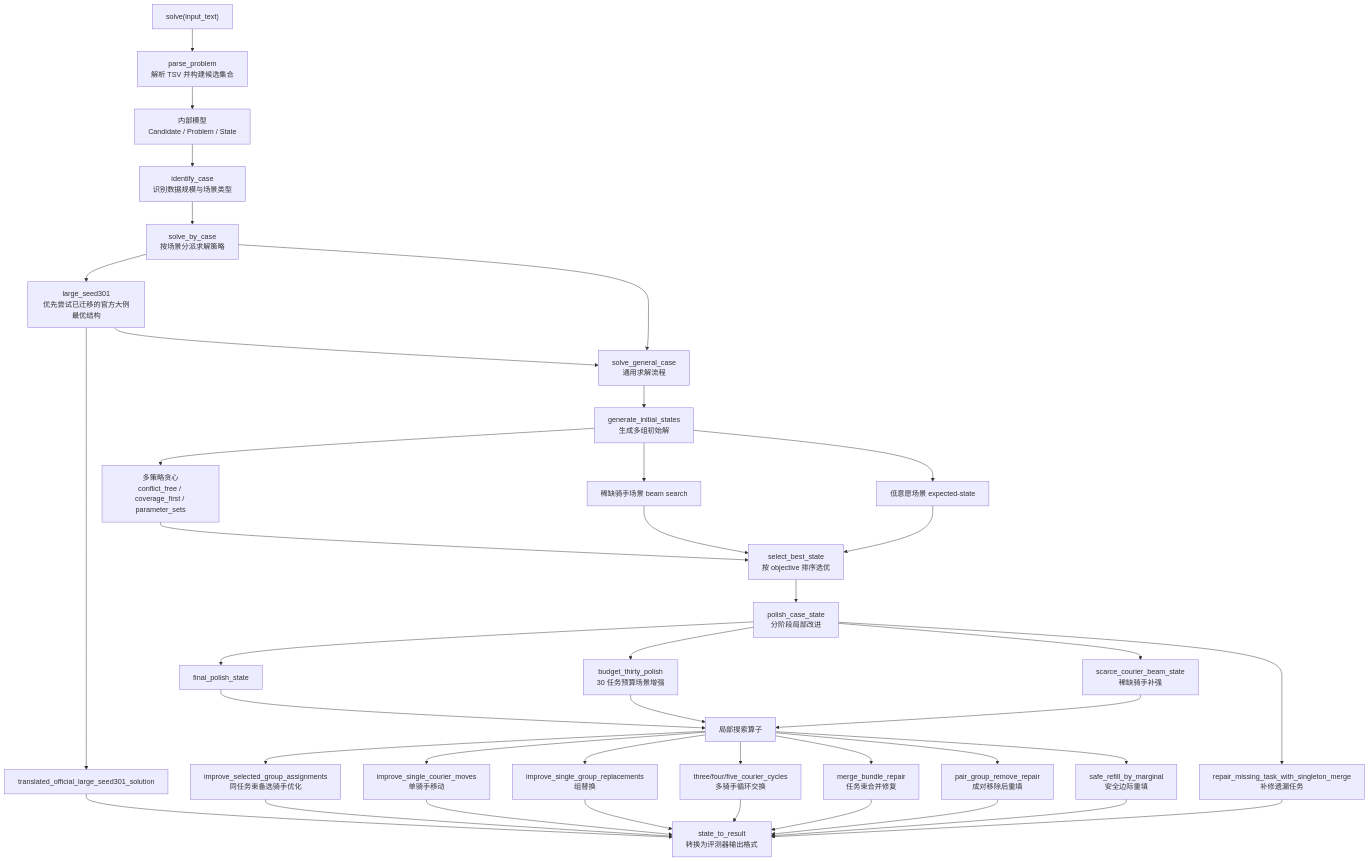
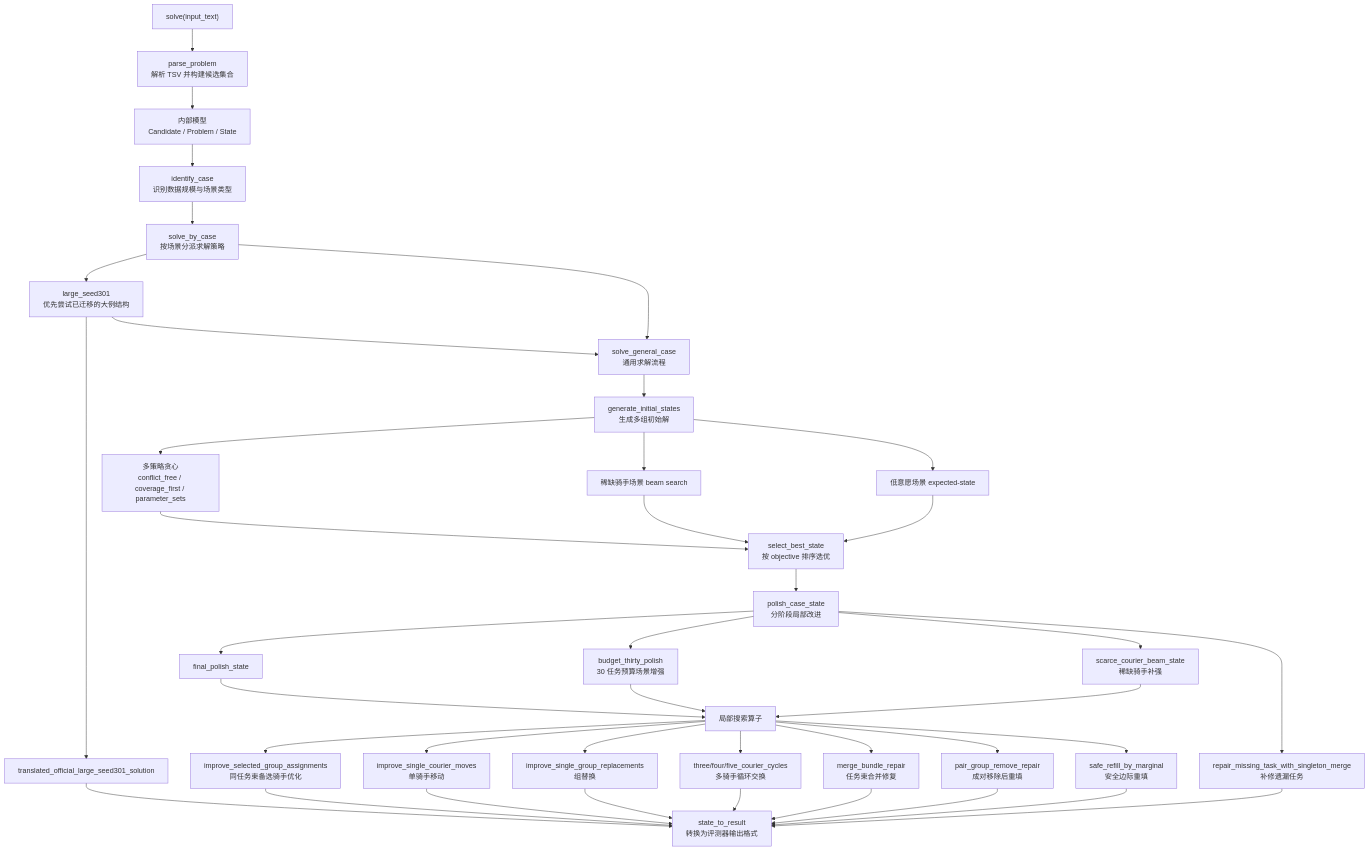
One commit to tltltltltltltltl/courier-delivery-solver changed the second of 2 diagrams in README.md. Above: the diagram before and after it, drawn with Mermaid. The commit also changed other lines of this file and 9 other files, not shown here.

````diff
--- a/README.md
+++ b/README.md
@@ -155,49 +135,49 @@
 ```mermaid
 flowchart TD
     Solve["solve(input_text)"] --> Parse["parse_problem<br/>解析 TSV 并构建候选集合"]
     Parse --> Model["内部模型<br/>Candidate / Problem / State"]
     Model --> Case["identify_case<br/>识别数据规模与场景类型"]
     Case --> Dispatch["solve_by_case<br/>按场景分派求解策略"]
 
-    Dispatch --> Large301["large_seed301<br/>优先尝试已迁移的官方大例最优结构"]
+    Dispatch --> Large301["large_seed301<br/>优先尝试已迁移的大例结构"]
     Dispatch --> General["solve_general_case<br/>通用求解流程"]
     Large301 --> Translated["translated_official_large_seed301_solution"]
     Large301 --> General
 
     General --> Init["generate_initial_states<br/>生成多组初始解"]
     Init --> Greedy["多策略贪心<br/>conflict_free / coverage_first / parameter_sets"]
     Init --> Beam["稀缺骑手场景 beam search"]
     Init --> LowW["低意愿场景 expected-state"]
 
     Greedy --> Select["select_best_state<br/>按 objective 排序选优"]
     Beam --> Select
     LowW --> Select
-    Translated --> ResultCheck["state_to_result<br/>转换为评测器输出格式"]
+    Translated --> Result["state_to_result<br/>转换为评测器输出格式"]
 
     Select --> Polish["polish_case_state<br/>分阶段局部改进"]
     Polish --> Final["final_polish_state"]
     Polish --> Budget30["budget_thirty_polish<br/>30 任务预算场景增强"]
     Polish --> Scarce["scarce_courier_beam_state<br/>稀缺骑手补强"]
     Polish --> Missing["repair_missing_task_with_singleton_merge<br/>补修遗漏任务"]
 
     Final --> Improve["局部搜索算子"]
     Budget30 --> Improve
     Scarce --> Improve
-    Missing --> ResultCheck
+    Missing --> Result
 
     Improve --> Group["improve_selected_group_assignments<br/>同任务束备选骑手优化"]
     Improve --> Move["improve_single_courier_moves<br/>单骑手移动"]
     Improve --> Replace["improve_single_group_replacements<br/>组替换"]
     Improve --> Cycles["three/four/five_courier_cycles<br/>多骑手循环交换"]
     Improve --> Merge["merge_bundle_repair<br/>任务束合并修复"]
     Improve --> PairRemove["pair_group_remove_repair<br/>成对移除后重填"]
     Improve --> Refill["safe_refill_by_marginal<br/>安全边际重填"]
 
-    Group --> ResultCheck
-    Move --> ResultCheck
-    Replace --> ResultCheck
-    Cycles --> ResultCheck
-    Merge --> ResultCheck
-    PairRemove --> ResultCheck
-    Refill --> ResultCheck
+    Group --> Result
+    Move --> Result
+    Replace --> Result
+    Cycles --> Result
+    Merge --> Result
+    PairRemove --> Result
+    Refill --> Result
 ```
````
